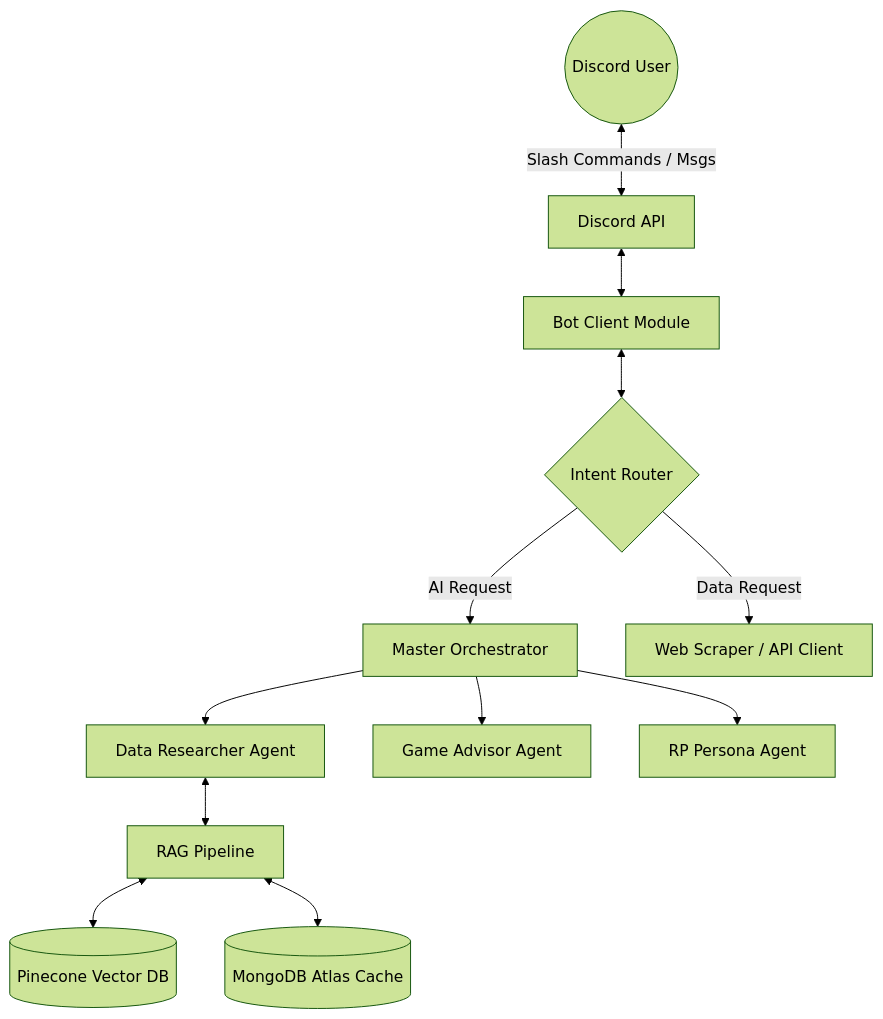
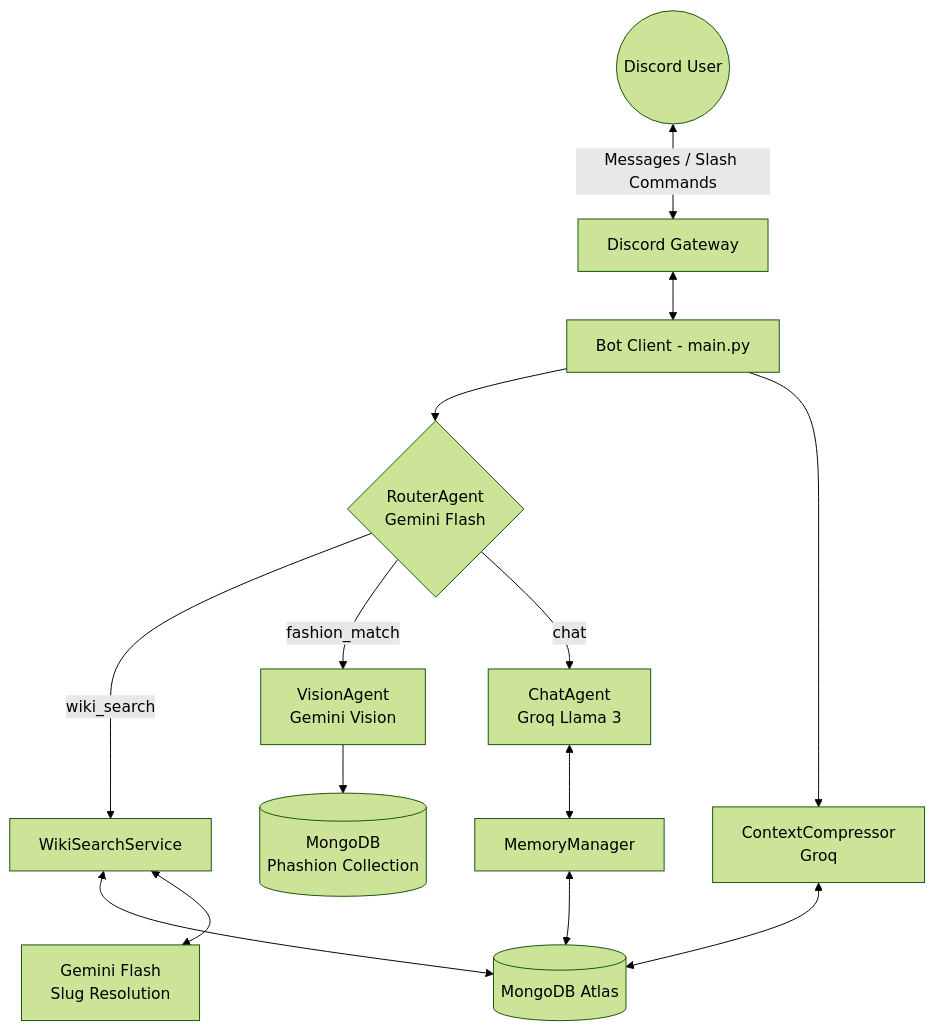
The diagram in docs/01-architecture.md (JWangZhi/PSO-Discord-Bot), drawn with Mermaid (forest theme) before and after one commit. The commit also changed other lines of this file and 40 other files, not shown here.

First line of the commit message:
feat: Implement RAG pipeline with MongoDB and Pinecone integration

````diff
--- a/docs/01-architecture.md
+++ b/docs/01-architecture.md
@@ -9,19 +13,20 @@
 ```mermaid
 graph TD
-    User((Discord User)) <-->|Slash Commands / Msgs| DiscordAPI[Discord API]
-    DiscordAPI <--> Client[Bot Client Module]
-    
-    Client <--> Router{Intent Router}
-    
-    Router -- AI Request --> Orchestrator[Master Orchestrator]
-    Router -- Data Request --> Scraper[Web Scraper / API Client]
-    
-    Orchestrator --> AgentData[Data Researcher Agent]
-    Orchestrator --> AgentAdvisor[Game Advisor Agent]
-    Orchestrator --> AgentRP[RP Persona Agent]
-    
-    AgentData <--> RAG[RAG Pipeline]
-    
-    RAG <--> VectorDB[(Pinecone Vector DB)]
-    RAG <--> MongoDB[(MongoDB Atlas Cache)]
+    User((Discord User)) <-->|Messages / Slash Commands| DiscordAPI[Discord Gateway]
+    DiscordAPI <--> Client[Bot Client - main.py]
+
+    Client --> Router{RouterAgent<br/>Gemini Flash}
+
+    Router -- wiki_search --> WikiSearch[WikiSearchService]
+    Router -- fashion_match --> Vision[VisionAgent<br/>Gemini Vision]
+    Router -- chat --> Chat[ChatAgent<br/>Groq Llama 3]
+
+    WikiSearch <--> MongoDB[(MongoDB Atlas)]
+    WikiSearch <--> Gemini[Gemini Flash<br/>Slug Resolution]
+    Vision --> PhashionDB[(MongoDB<br/>Phashion Collection)]
+    Chat <--> Memory[MemoryManager]
+    Memory <--> MongoDB
+
+    Client --> Compressor[ContextCompressor<br/>Groq]
+    Compressor <--> MongoDB
 ```
````
